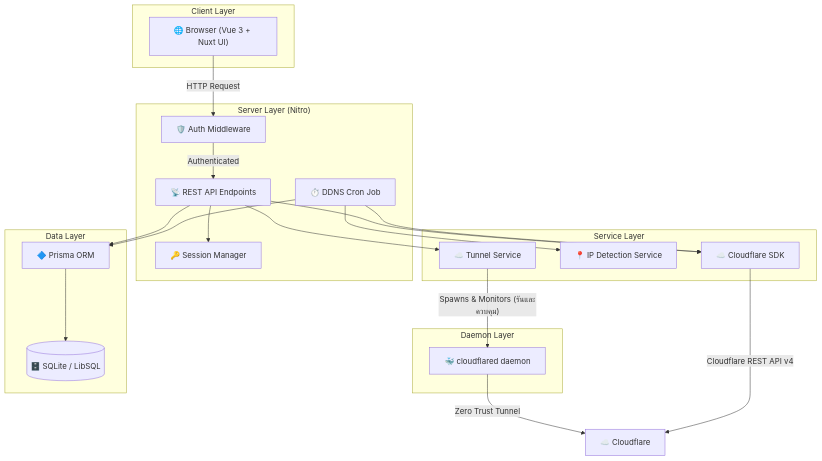
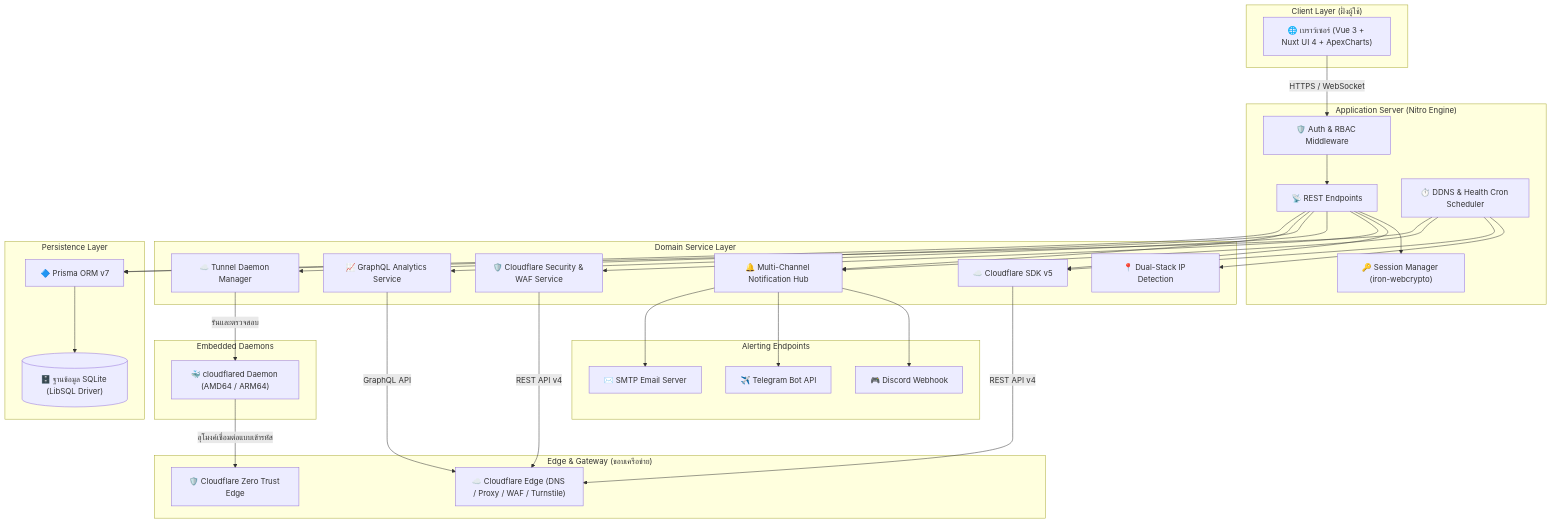
Before and after one commit to riiixch/TetherDNS: the diagram in README-TH.md, drawn with Mermaid. The commit also changed other lines of this file and 2 other files, not shown here.

````diff
--- a/README-TH.md
+++ b/README-TH.md
@@ -120,42 +160,70 @@
 ```mermaid
 graph TD
-    subgraph "Client Layer"
-        Browser["🌐 Browser (Vue 3 + Nuxt UI)"]
+    subgraph "Client Layer (ฝั่งผู้ใช้)"
+        Browser["🌐 เบราว์เซอร์ (Vue 3 + Nuxt UI 4 + ApexCharts)"]
     end
 
-    subgraph "Server Layer (Nitro)"
-        Middleware["🛡️ Auth Middleware"]
-        API["📡 REST API Endpoints"]
-        Session["🔑 Session Manager"]
-        Cron["⏱️ DDNS Cron Job"]
+    subgraph "Edge & Gateway (ขอบเครือข่าย)"
+        CFProxy["☁️ Cloudflare Edge (DNS / Proxy / WAF / Turnstile)"]
+        TunnelConn["🛡️ Cloudflare Zero Trust Edge"]
     end
 
-    subgraph "Service Layer"
-        CFService["☁️ Cloudflare SDK"]
-        IPService["📍 IP Detection Service"]
-        TunnelService["☁️ Tunnel Service"]
+    subgraph "Application Server (Nitro Engine)"
+        AuthMw["🛡️ Auth & RBAC Middleware"]
+        API["📡 REST Endpoints"]
+        SessionStore["🔑 Session Manager (iron-webcrypto)"]
+        CronManager["⏱️ DDNS & Health Cron Scheduler"]
     end
 
-    subgraph "Daemon Layer"
-        Cloudflared["🐳 cloudflared daemon"]
+    subgraph "Domain Service Layer"
+        CFClient["☁️ Cloudflare SDK v5"]
+        WAFService["🛡️ Cloudflare Security & WAF Service"]
+        AnalyticsService["📈 GraphQL Analytics Service"]
+        IPService["📍 Dual-Stack IP Detection"]
+        TunnelService["☁️ Tunnel Daemon Manager"]
+        NotifHub["🔔 Multi-Channel Notification Hub"]
     end
 
-    subgraph "Data Layer"
-        Prisma["🔷 Prisma ORM"]
-        SQLite[("🗄️ SQLite / LibSQL")]
+    subgraph "Embedded Daemons"
+        Cloudflared["🐳 cloudflared Daemon (AMD64 / ARM64)"]
     end
 
-    Browser -->|"HTTP Request"| Middleware
-    Middleware -->|"Authenticated"| API
-    API --> Session
-    API --> CFService
+    subgraph "Persistence Layer"
+        PrismaORM["🔷 Prisma ORM v7"]
+        LibSQL[("🗄️ ฐานข้อมูล SQLite (LibSQL Driver)")]
+    end
+
+    subgraph "Alerting Endpoints"
+        Discord["🎮 Discord Webhook"]
+        Telegram["✈️ Telegram Bot API"]
+        SMTP["✉️ SMTP Email Server"]
+    end
+
+    Browser -->|"HTTPS / WebSocket"| AuthMw
+    AuthMw --> API
+    API --> SessionStore
+    API --> CFClient
+    API --> WAFService
+    API --> AnalyticsService
     API --> TunnelService
-    API --> Prisma
-    Cron --> IPService
-    Cron --> CFService
-    Cron --> Prisma
-    TunnelService -->|"Spawns & Monitors (รันและควบคุม)"| Cloudflared
-    Cloudflared -->|"Zero Trust Tunnel"| Cloudflare["☁️ Cloudflare"]
-    CFService -->|"Cloudflare REST API v4"| Cloudflare
-    Prisma --> SQLite
+    API --> NotifHub
+    API --> PrismaORM
+
+    CronManager --> IPService
+    CronManager --> CFClient
+    CronManager --> NotifHub
+    CronManager --> PrismaORM
+
+    TunnelService -->|"รันและตรวจสอบ"| Cloudflared
+    Cloudflared -->|"อุโมงค์เชื่อมต่อแบบเข้ารหัส"| TunnelConn
+
+    WAFService -->|"REST API v4"| CFProxy
+    AnalyticsService -->|"GraphQL API"| CFProxy
+    CFClient -->|"REST API v4"| CFProxy
+
+    NotifHub --> Discord
+    NotifHub --> Telegram
+    NotifHub --> SMTP
+
+    PrismaORM --> LibSQL
 ```
````
